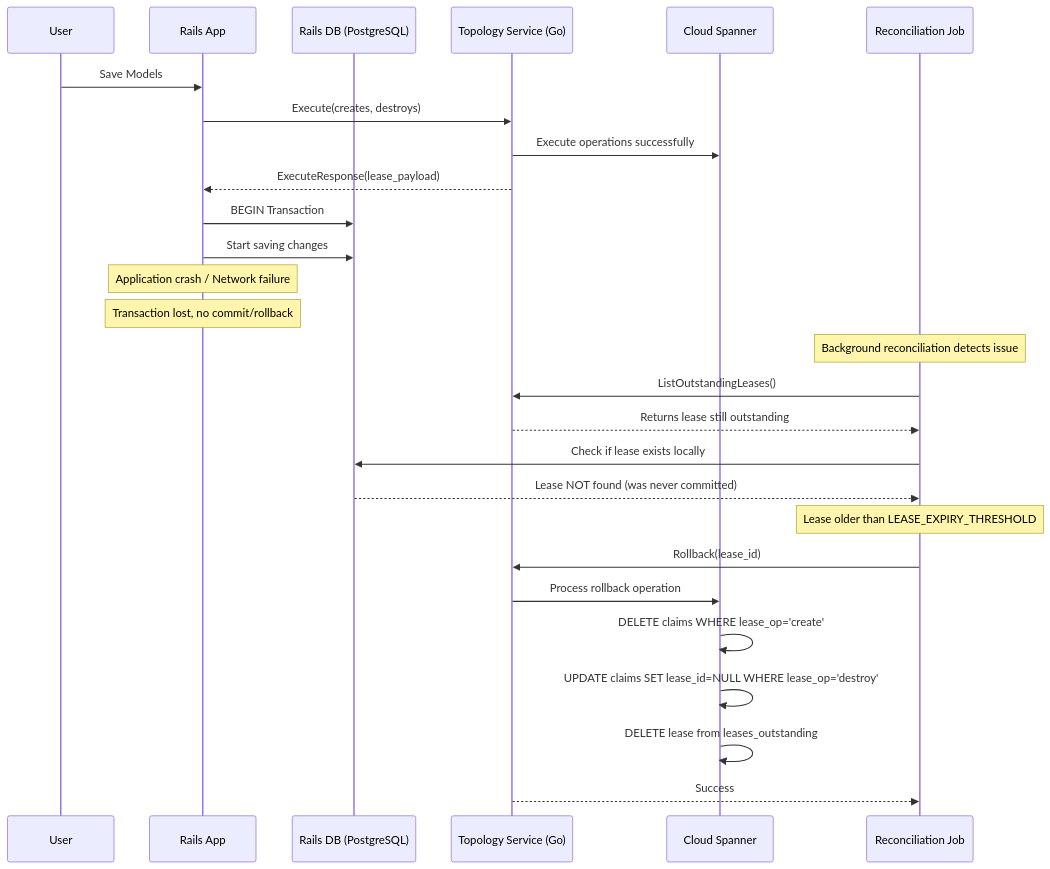
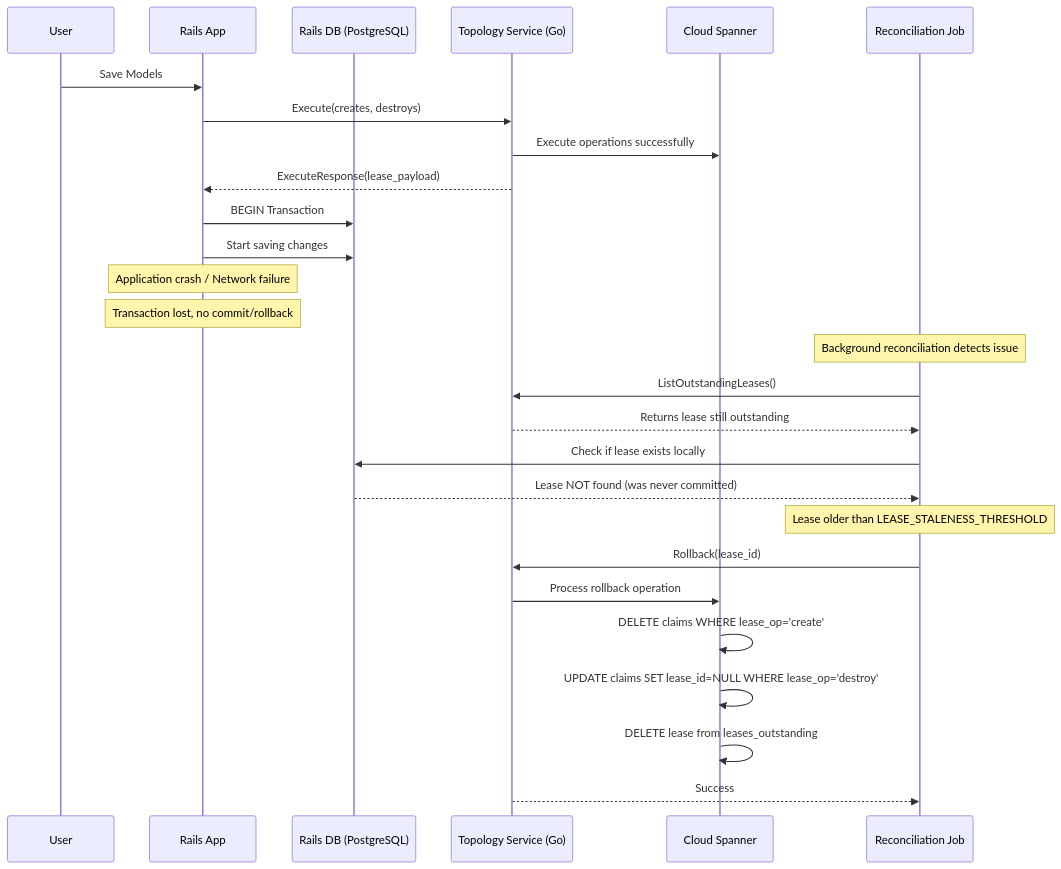
The sixth of 9 diagrams in content/handbook/engineering/architecture/design-documents/cells/topology_service_transactional_behavior.md (zalyoung/gitlab-handbook), drawn with Mermaid before and after one commit. The commit also changed other lines of this file, not shown here.

````diff
--- a/content/handbook/engineering/architecture/design-documents/cells/topology_service_transactional_behavior.md
+++ b/content/handbook/engineering/architecture/design-documents/cells/topology_service_transactional_behavior.md
@@ -629,33 +621,33 @@
 ```mermaid
 sequenceDiagram
     participant User
     participant Rails as Rails App
     participant RailsDB as Rails DB (PostgreSQL)
     participant TopologyService as Topology Service (Go)
     participant CloudSpanner as Cloud Spanner
     participant Reconciliation as Reconciliation Job
 
     User->>Rails: Save Models
     Rails->>TopologyService: Execute(creates, destroys)
     TopologyService->>CloudSpanner: Execute operations successfully
     TopologyService-->>Rails: ExecuteResponse(lease_payload)
     
     Rails->>RailsDB: BEGIN Transaction
     Rails->>RailsDB: Start saving changes
     Note over Rails: Application crash / Network failure
     Note over Rails: Transaction lost, no commit/rollback
     
     Note over Reconciliation: Background reconciliation detects issue
     Reconciliation->>TopologyService: ListOutstandingLeases()
     TopologyService-->>Reconciliation: Returns lease still outstanding
     Reconciliation->>RailsDB: Check if lease exists locally
     RailsDB-->>Reconciliation: Lease NOT found (was never committed)
     
-    Note over Reconciliation: Lease older than LEASE_EXPIRY_THRESHOLD
+    Note over Reconciliation: Lease older than LEASE_STALENESS_THRESHOLD
     Reconciliation->>TopologyService: Rollback(lease_id)
     TopologyService->>CloudSpanner: Process rollback operation
     CloudSpanner->>CloudSpanner: DELETE claims WHERE lease_op='create'
     CloudSpanner->>CloudSpanner: UPDATE claims SET lease_id=NULL WHERE lease_op='destroy'
     CloudSpanner->>CloudSpanner: DELETE lease from leases_outstanding
     TopologyService-->>Reconciliation: Success
 ```
````
